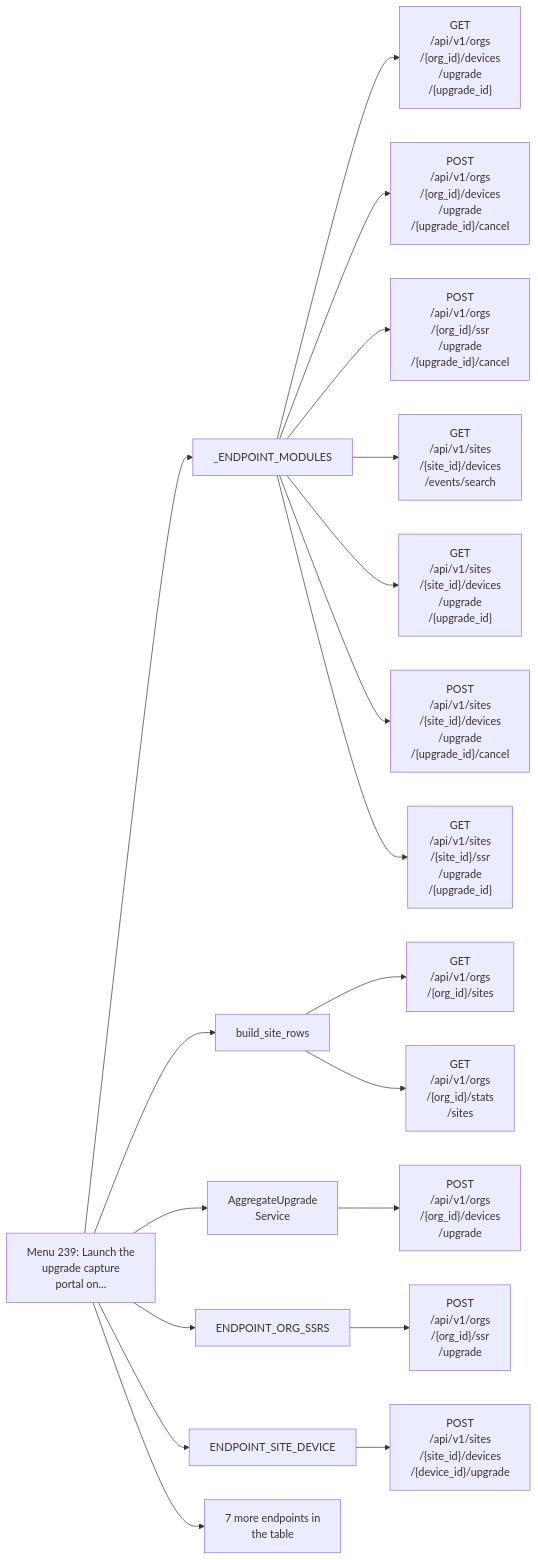
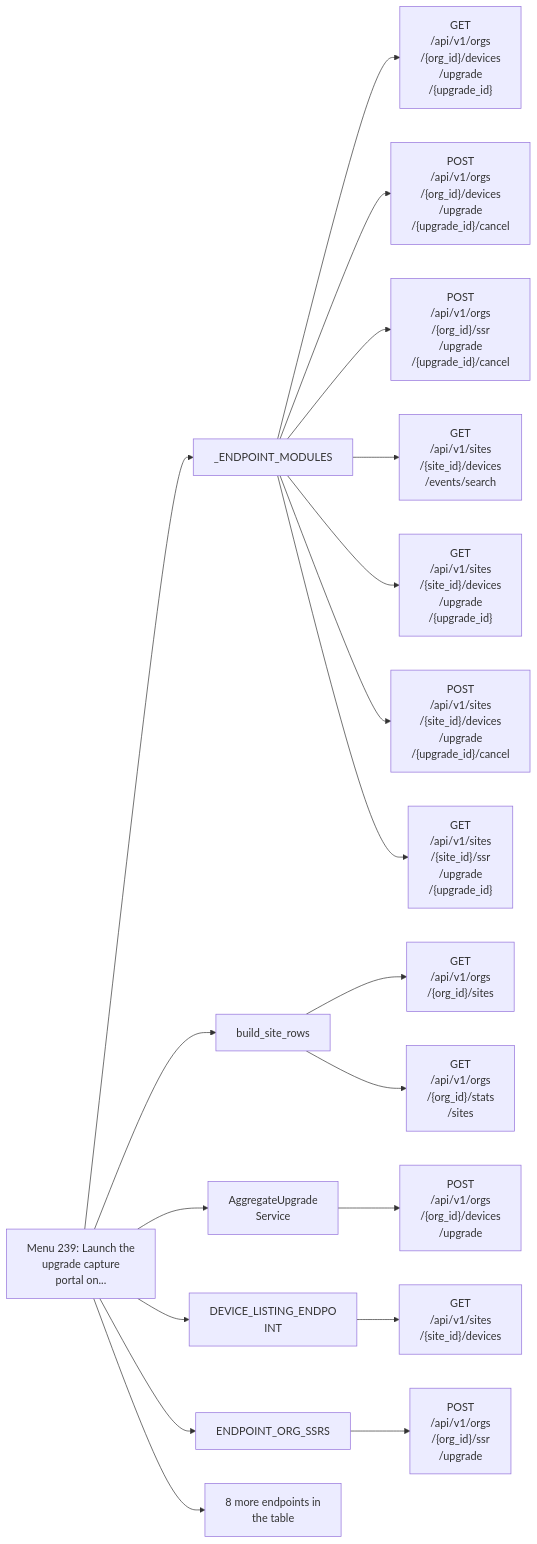
Before and after one commit to jmorrison-juniper/MistHelper: diagram 27 of 31 in documentation/menu-api/destructive.md, drawn with Mermaid. The commit also changed other lines of this file and 3 other files, not shown here.

First line of the commit message:
docs(menu): refresh generated API maps

````diff
--- a/documentation/menu-api/destructive.md
+++ b/documentation/menu-api/destructive.md
@@ -937,22 +937,22 @@
 ```mermaid
 flowchart LR
     menu["Menu 239: Launch the<br/>upgrade capture<br/>portal on..."]
     menu --> c1["_ENDPOINT_MODULES"]
     c1 --> e1["GET<br/>/api/v1/orgs<br/>/{org_id}/devices<br/>/upgrade<br/>/{upgrade_id}"]
     c1 --> e2["POST<br/>/api/v1/orgs<br/>/{org_id}/devices<br/>/upgrade<br/>/{upgrade_id}/cancel"]
     c1 --> e3["POST<br/>/api/v1/orgs<br/>/{org_id}/ssr<br/>/upgrade<br/>/{upgrade_id}/cancel"]
     c1 --> e4["GET<br/>/api/v1/sites<br/>/{site_id}/devices<br/>/events/search"]
     c1 --> e5["GET<br/>/api/v1/sites<br/>/{site_id}/devices<br/>/upgrade<br/>/{upgrade_id}"]
     c1 --> e6["POST<br/>/api/v1/sites<br/>/{site_id}/devices<br/>/upgrade<br/>/{upgrade_id}/cancel"]
     c1 --> e7["GET<br/>/api/v1/sites<br/>/{site_id}/ssr<br/>/upgrade<br/>/{upgrade_id}"]
     menu --> c2["build_site_rows"]
     c2 --> e8["GET<br/>/api/v1/orgs<br/>/{org_id}/sites"]
     c2 --> e9["GET<br/>/api/v1/orgs<br/>/{org_id}/stats<br/>/sites"]
     menu --> c3["AggregateUpgrade<br/>Service"]
     c3 --> e10["POST<br/>/api/v1/orgs<br/>/{org_id}/devices<br/>/upgrade"]
-    menu --> c4["ENDPOINT_ORG_SSRS"]
-    c4 --> e11["POST<br/>/api/v1/orgs<br/>/{org_id}/ssr<br/>/upgrade"]
-    menu --> c5["ENDPOINT_SITE_DEVICE"]
-    c5 --> e12["POST<br/>/api/v1/sites<br/>/{site_id}/devices<br/>/{device_id}/upgrade"]
-    menu --> more["7 more endpoints in<br/>the table"]
+    menu --> c4["DEVICE_LISTING_ENDPO<br/>INT"]
+    c4 --> e11["GET<br/>/api/v1/sites<br/>/{site_id}/devices"]
+    menu --> c5["ENDPOINT_ORG_SSRS"]
+    c5 --> e12["POST<br/>/api/v1/orgs<br/>/{org_id}/ssr<br/>/upgrade"]
+    menu --> more["8 more endpoints in<br/>the table"]
 ```
````
